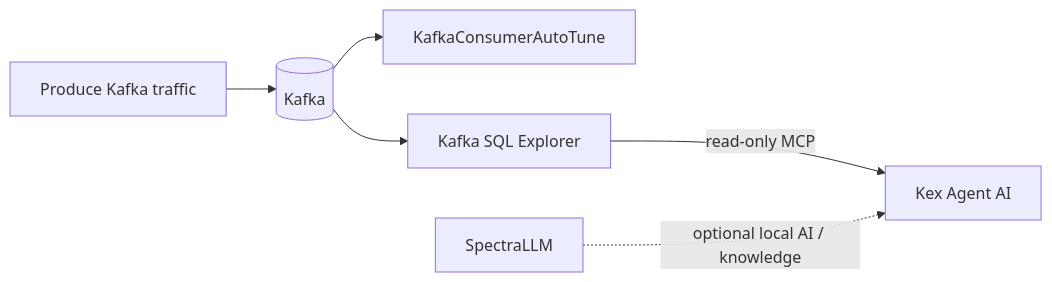
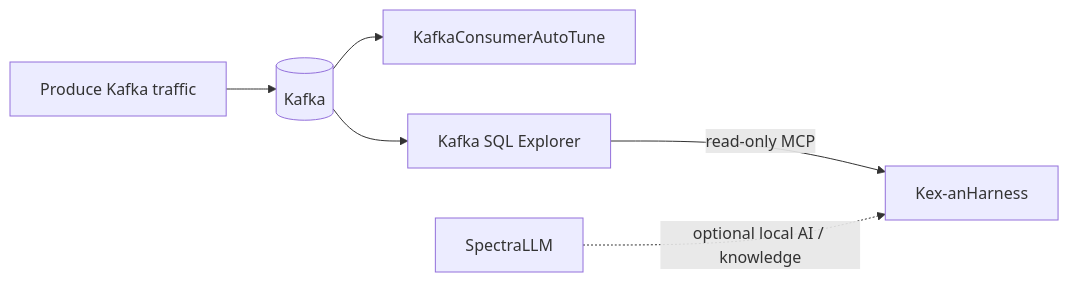
Before and after one commit to devdownin/Kex-Lab: the first of 2 diagrams in README.md, drawn with Mermaid. The commit also changed other lines of this file and 12 other files, not shown here.

Commit message:
docs: align Kex Lab with Kex-anHarness repository rename

````diff
--- a/README.md
+++ b/README.md
@@ -31,8 +31,8 @@
 ```mermaid
 flowchart LR
   P[Produce Kafka traffic] --> K[(Kafka)]
   K --> T[KafkaConsumerAutoTune]
   K --> E[Kafka SQL Explorer]
-  E -->|read-only MCP| A[Kex Agent AI]
+  E -->|read-only MCP| A[Kex-anHarness]
   S[SpectraLLM] -. optional local AI / knowledge .-> A
 ```
````
